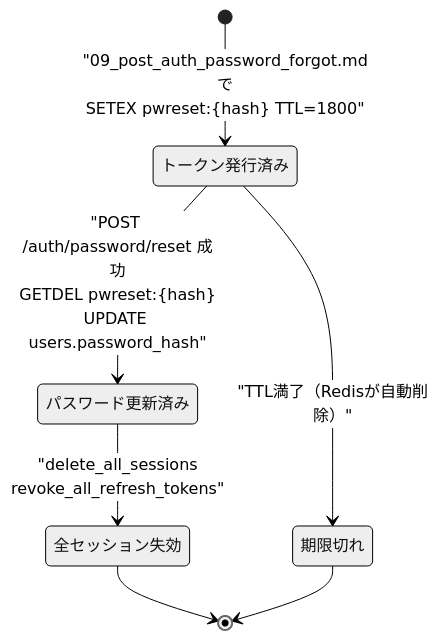
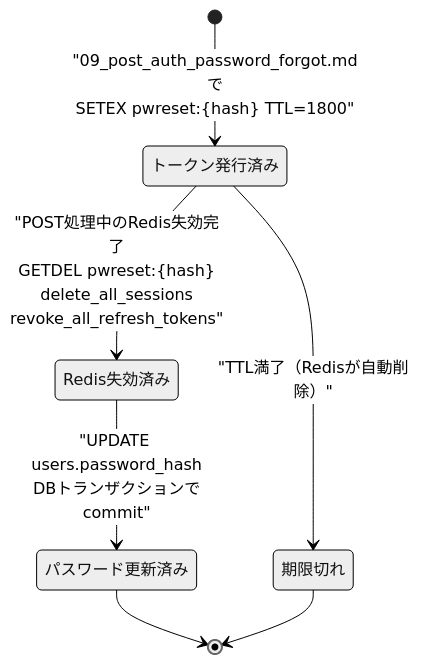
Before and after one commit to oikawa-d/task_management: the fourth of 4 diagrams in docs/detailed_design/api/auth/10_post_auth_password_reset.md, drawn with Mermaid (neutral theme). The commit also changed other lines of this file and 5 other files, not shown here.

````diff
--- a/docs/detailed_design/api/auth/10_post_auth_password_reset.md
+++ b/docs/detailed_design/api/auth/10_post_auth_password_reset.md
@@ -237,9 +240,9 @@
 ```mermaid
 stateDiagram-v2
     [*] --> トークン発行済み: "09_post_auth_password_forgot.mdで<br/>SETEX pwreset:{hash} TTL=1800"
-    トークン発行済み --> パスワード更新済み: "POST /auth/password/reset 成功<br/>GETDEL pwreset:{hash}<br/>UPDATE users.password_hash"
+    トークン発行済み --> Redis失効済み: "POST処理中のRedis失効完了<br/>GETDEL pwreset:{hash}<br/>delete_all_sessions<br/>revoke_all_refresh_tokens"
     トークン発行済み --> 期限切れ: "TTL満了（Redisが自動削除）"
-    パスワード更新済み --> 全セッション失効: "delete_all_sessions<br/>revoke_all_refresh_tokens"
-    全セッション失効 --> [*]
+    Redis失効済み --> パスワード更新済み: "UPDATE users.password_hash<br/>DBトランザクションでcommit"
+    パスワード更新済み --> [*]
     期限切れ --> [*]
 ```
````
